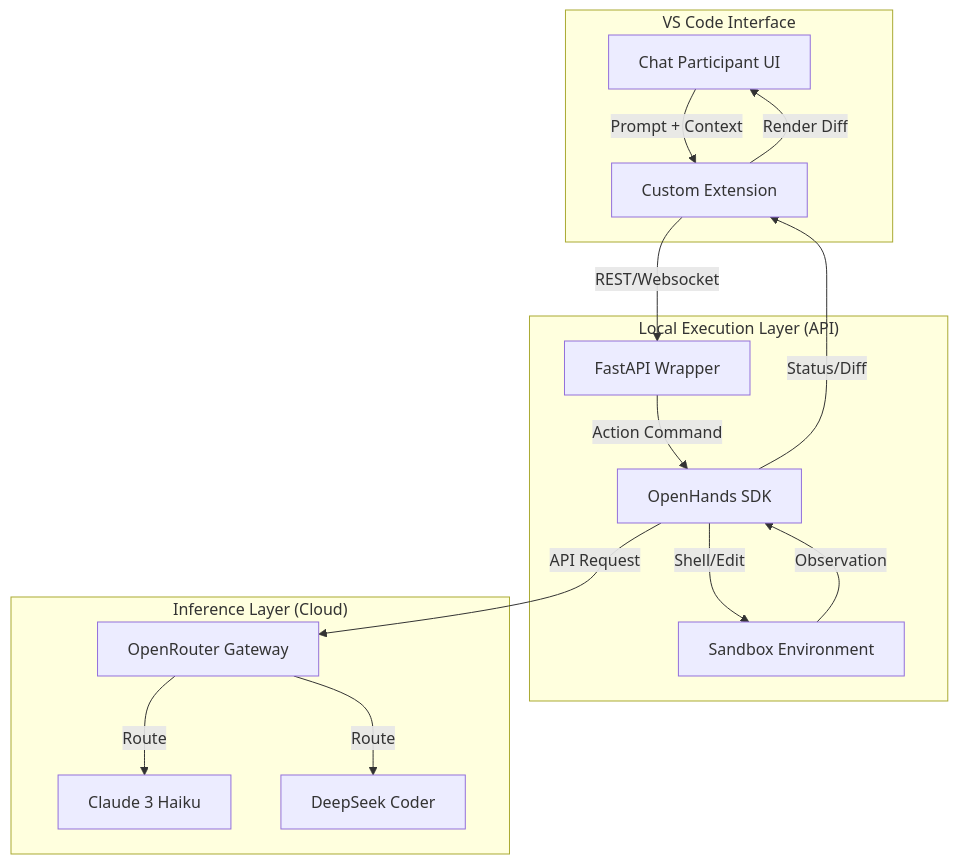
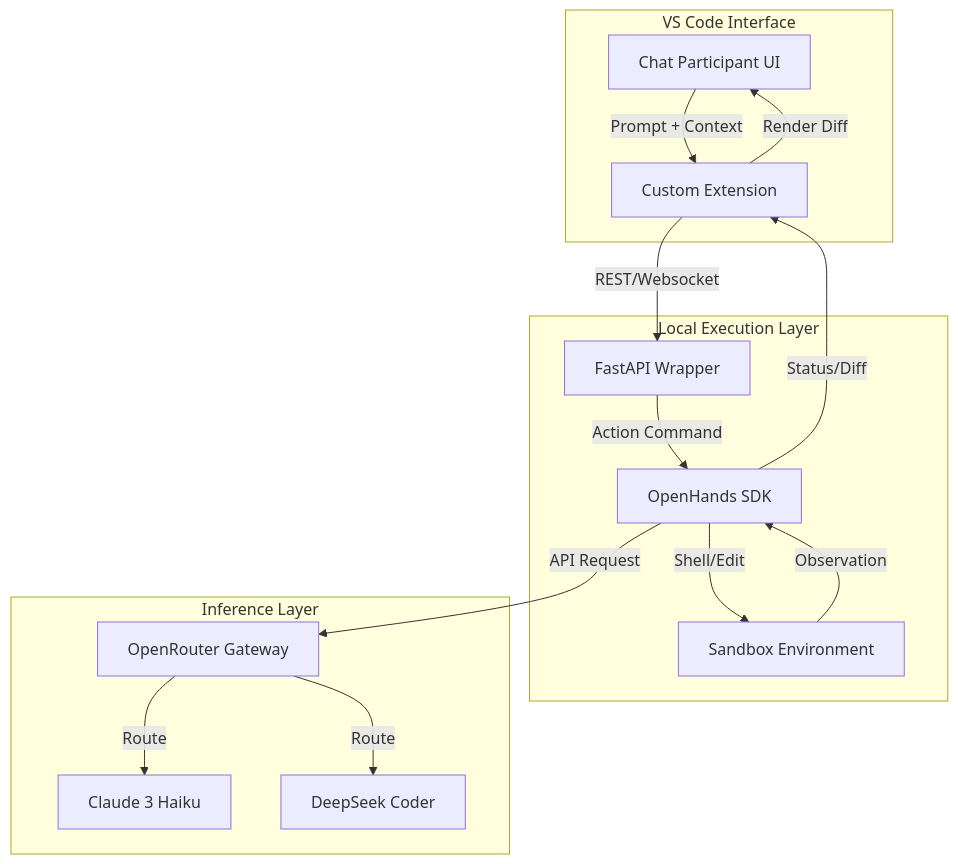
One commit to aai-pai/anvil-coding-agent changed the diagram in domain-knowledge/additional-information.md. Above: the diagram before and after it, drawn with Mermaid.

Commit message:
Fix mermaid diagram: remove parentheses from subgraph names
Agent-Logs-Url: https://github.com/aai-pai/openhands_based_coding_team/sessions/39db2509-a451-4477-ae61-8a54c4d752d7

````diff
--- a/domain-knowledge/additional-information.md
+++ b/domain-knowledge/additional-information.md
@@ -12,23 +12,23 @@
 ```mermaid
 graph TD
     subgraph "VS Code Interface"
         A[Chat Participant UI] -->|Prompt + Context| B[Custom Extension]
     end
 
-    subgraph "Local Execution Layer (API)"
+    subgraph "Local Execution Layer"
         B -->|REST/Websocket| C[FastAPI Wrapper]
         C -->|Action Command| D[OpenHands SDK]
         D -->|Shell/Edit| E[Sandbox Environment]
     end
 
-    subgraph "Inference Layer (Cloud)"
+    subgraph "Inference Layer"
         D -->|API Request| F[OpenRouter Gateway]
         F -->|Route| G[Claude 3 Haiku]
         F -->|Route| H[DeepSeek Coder]
     end
 
     E -->|Observation| D
     D -->|Status/Diff| B
     B -->|Render Diff| A
 
 ```
````
